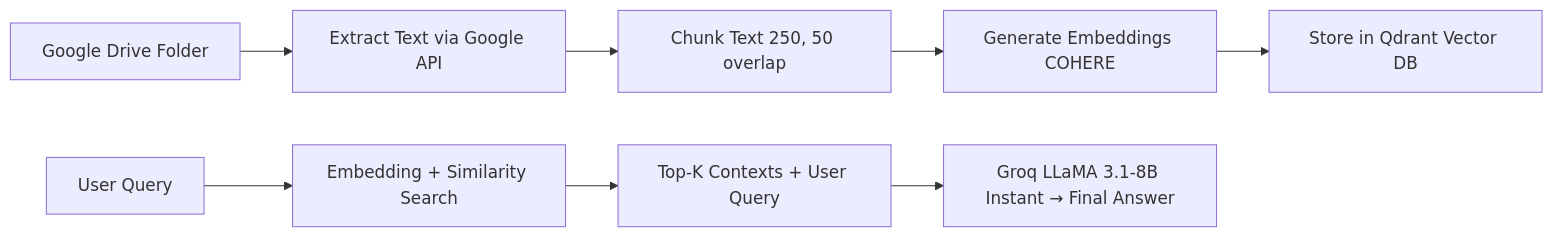
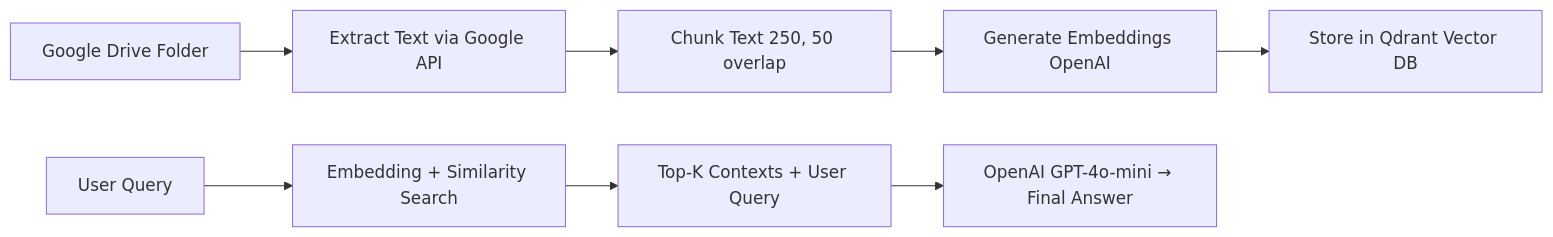
The diagram in README.md (VIKNESH1211/GDrive-RAG-API-TypeScript), drawn with Mermaid before and after one commit. The commit also changed other lines of this file and 11 other files, not shown here.

````diff
--- a/README.md
+++ b/README.md
@@ -163,12 +161,12 @@
 ```mermaid
 graph LR
   A[Google Drive Folder] --> B[Extract Text via Google API]
   B --> C[Chunk Text 250, 50 overlap]
-  C --> D[Generate Embeddings COHERE]
+  C --> D[Generate Embeddings OpenAI]
   D --> E[Store in Qdrant Vector DB]
 
   F[User Query] --> G[Embedding + Similarity Search]
   G --> H[Top-K Contexts + User Query]
-  H --> I[Groq LLaMA 3.1-8B Instant → Final Answer]
+  H --> I[OpenAI GPT-4o-mini → Final Answer]
 
 ```
````
